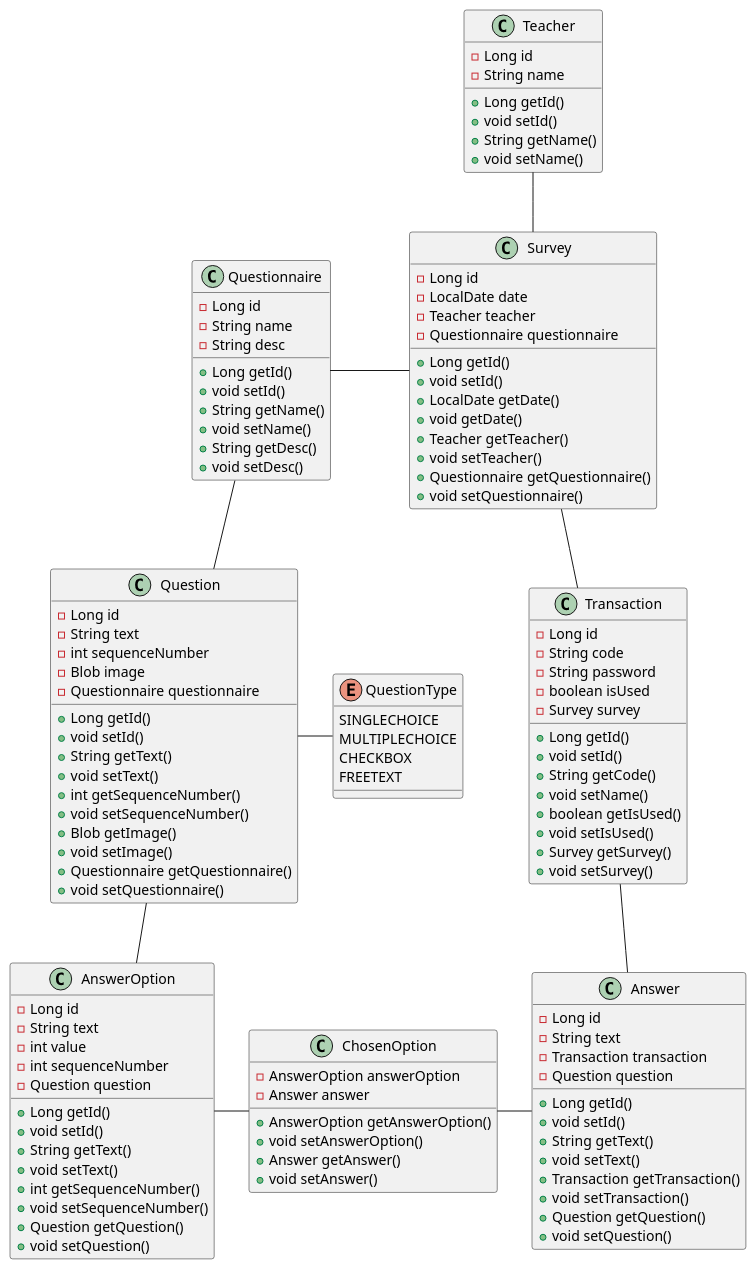
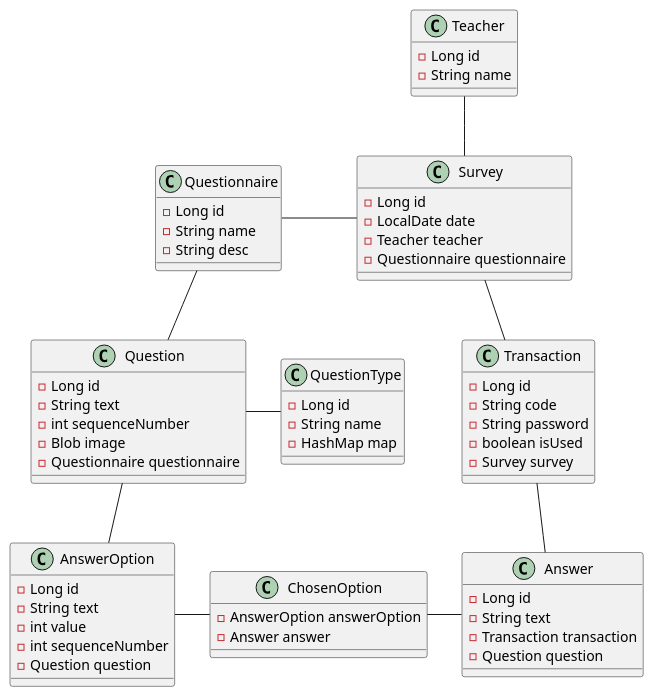
The diagram in asciidocs/ClassDiagram.puml (htl-leonding-project/questionz), drawn with PlantUML before and after one commit. The commit also changed 6 other files, not shown here.

Commit message:
fixed ClassDiagram and error in AnswerOptionRepository

```diff
--- a/asciidocs/ClassDiagram.puml
+++ b/asciidocs/ClassDiagram.puml
@@ -1,140 +1,83 @@
 @startuml
 
 class Teacher {
 - Long id
 - String name
 
-+ Long getId()
-+ void setId()
-+ String getName()
-+ void setName()
 }
 
 class Survey {
 - Long id
 - LocalDate date
 - Teacher teacher
 - Questionnaire questionnaire
 
-+ Long getId()
-+ void setId()
-+ LocalDate getDate()
-+ void getDate()
-+ Teacher getTeacher()
-+ void setTeacher()
-+ Questionnaire getQuestionnaire()
-+ void setQuestionnaire()
 }
 
 class Questionnaire {
 - Long id
 - String name
 - String desc
-
-+ Long getId()
-+ void setId()
-+ String getName()
-+ void setName()
-+ String getDesc()
-+ void setDesc()
 }
 
 class Question {
 - Long id
 - String text
 - int sequenceNumber
 - Blob image
 - Questionnaire questionnaire
 
-+ Long getId()
-+ void setId()
-+ String getText()
-+ void setText()
-+ int getSequenceNumber()
-+ void setSequenceNumber()
-+ Blob getImage()
-+ void setImage()
-+ Questionnaire getQuestionnaire()
-+ void setQuestionnaire()
+
 }
 
-enum QuestionType {
-SINGLECHOICE
-MULTIPLECHOICE
-CHECKBOX
-FREETEXT
+class QuestionType {
+- Long id
+- String name
+- HashMap map
 }
 
 class AnswerOption {
 - Long id
 - String text
 - int value
 - int sequenceNumber
 - Question question
 
-+ Long getId()
-+ void setId()
-+ String getText()
-+ void setText()
-+ int getSequenceNumber()
-+ void setSequenceNumber()
-+ Question getQuestion()
-+ void setQuestion()
 }
 
 class ChosenOption {
 - AnswerOption answerOption
 - Answer answer
 
-+ AnswerOption getAnswerOption()
-+ void setAnswerOption()
-+ Answer getAnswer()
-+ void setAnswer()
 }
 
 class Answer {
 - Long id
 - String text
 - Transaction transaction
 - Question question
 
-+ Long getId()
-+ void setId()
-+ String getText()
-+ void setText()
-+ Transaction getTransaction()
-+ void setTransaction()
-+ Question getQuestion()
-+ void setQuestion()
 }
 
 class Transaction {
 - Long id
 - String code
 - String password
 - boolean isUsed
 - Survey survey
 
-+ Long getId()
-+ void setId()
-+ String getCode()
-+ void setName()
-+ boolean getIsUsed()
-+ void setIsUsed()
-+ Survey getSurvey()
-+ void setSurvey()
 
 }
 
 Teacher -down- Survey
 Survey -left- Questionnaire
 Questionnaire -- Question
 Question -left- QuestionType
 Question -- AnswerOption
 AnswerOption -right- ChosenOption
 ChosenOption  -right- Answer
 Answer -up- Transaction
 Survey -- Transaction
 
 
 @enduml
```
